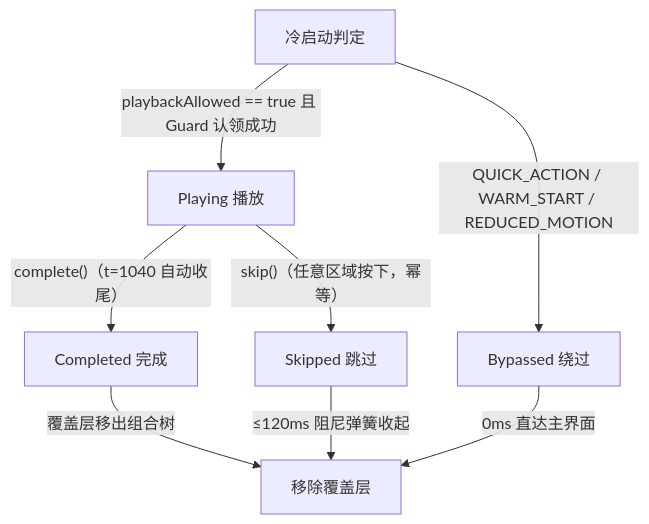
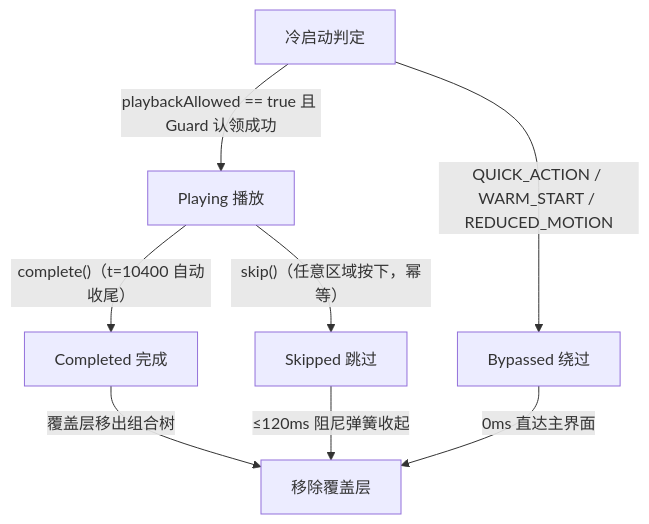
Before and after one commit to 424635328/Horn: the third of 3 diagrams in docs/spec/03-ux-interaction-and-haptics.md, drawn with Mermaid. The commit also changed other lines of this file and 42 other files, not shown here.

````diff
--- a/docs/spec/03-ux-interaction-and-haptics.md
+++ b/docs/spec/03-ux-interaction-and-haptics.md
@@ -333,10 +409,10 @@
 ```mermaid
 flowchart TD
     Cold["冷启动判定"] -->|"playbackAllowed == true 且 Guard 认领成功"| Playing["Playing 播放"]
     Cold -->|"QUICK_ACTION / WARM_START / REDUCED_MOTION"| Bypassed["Bypassed 绕过"]
-    Playing -->|"complete()（t=1040 自动收尾）"| Completed["Completed 完成"]
+    Playing -->|"complete()（t=10400 自动收尾）"| Completed["Completed 完成"]
     Playing -->|"skip()（任意区域按下，幂等）"| Skipped["Skipped 跳过"]
     Completed -->|"覆盖层移出组合树"| Done["移除覆盖层"]
     Skipped -->|"≤120ms 阻尼弹簧收起"| Done
     Bypassed -->|"0ms 直达主界面"| Done
 ```
````
